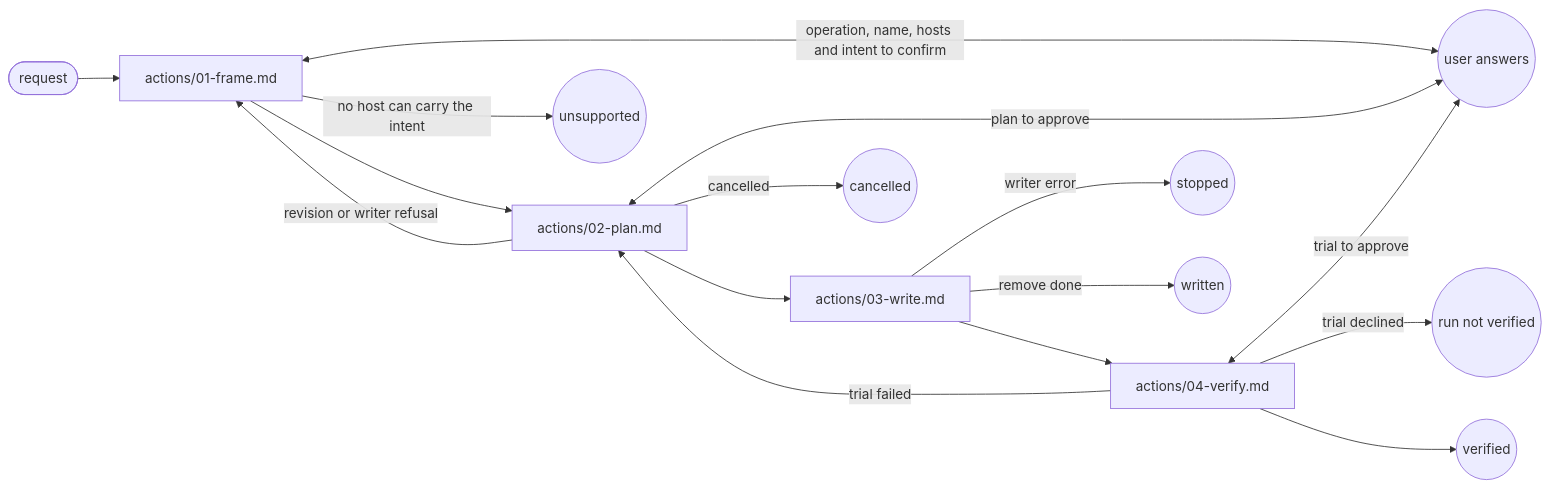
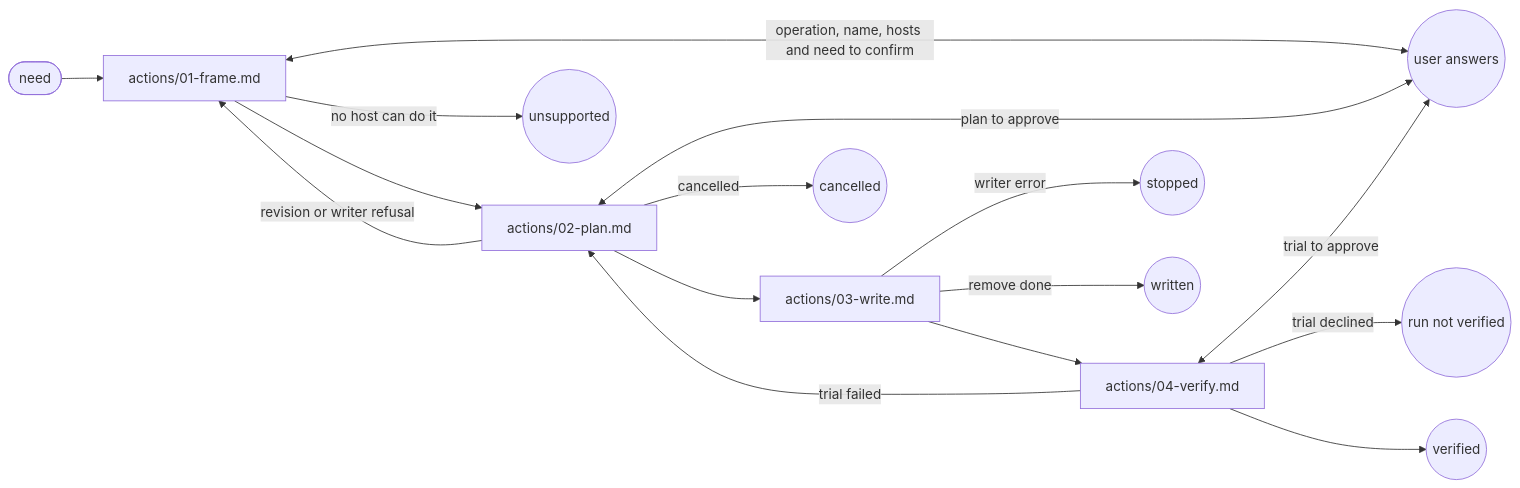
One commit to ai-driven-dev/framework changed the diagram in plugins/aidd-context/skills/08-hook-generate/SKILL.md. Above: the diagram before and after it, drawn with Mermaid. The commit also changed other lines of this file and 11 other files, not shown here.

````diff
--- a/plugins/aidd-context/skills/08-hook-generate/SKILL.md
+++ b/plugins/aidd-context/skills/08-hook-generate/SKILL.md
@@ -9,18 +9,18 @@
 ```mermaid
 flowchart LR
-  entry([request]) --> frame["actions/01-frame.md"]
-  frame <-->|"operation, name, hosts and intent to confirm"| user((user answers))
-  frame -->|"no host can carry the intent"| unsupported((unsupported))
+  entry([need]) --> frame["actions/01-frame.md"]
+  frame <-->|"operation, name, hosts and need to confirm"| user((user answers))
+  frame -->|"no host can do it"| unsupported((unsupported))
   frame --> plan["actions/02-plan.md"]
   plan <-->|"plan to approve"| user
   plan -->|"revision or writer refusal"| frame
   plan -->|"cancelled"| cancelled((cancelled))
   plan --> write["actions/03-write.md"]
   write -->|"writer error"| stopped((stopped))
   write -->|"remove done"| done((written))
   write --> verify["actions/04-verify.md"]
   verify -->|"trial failed"| plan
   verify <-->|"trial to approve"| user
   verify -->|"trial declined"| unverified((run not verified))
   verify --> verified((verified))
 ```
````
